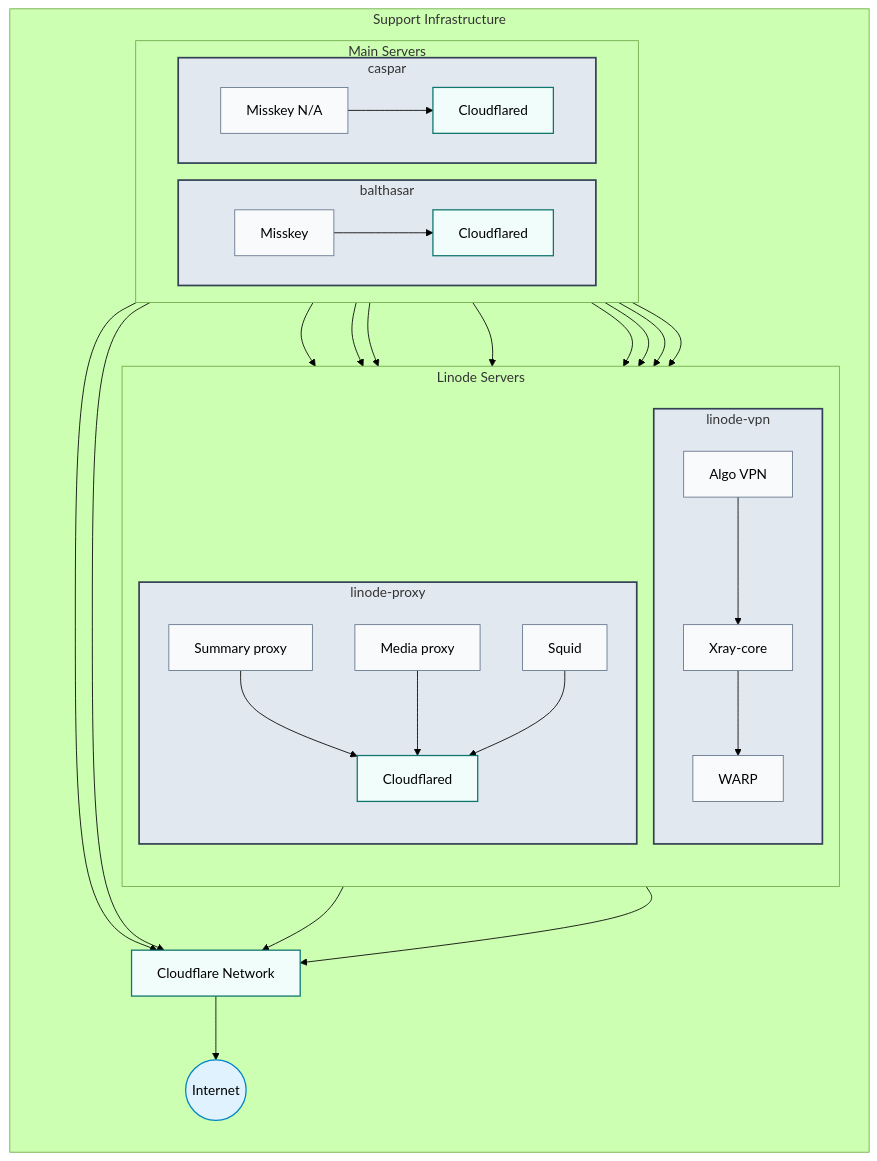
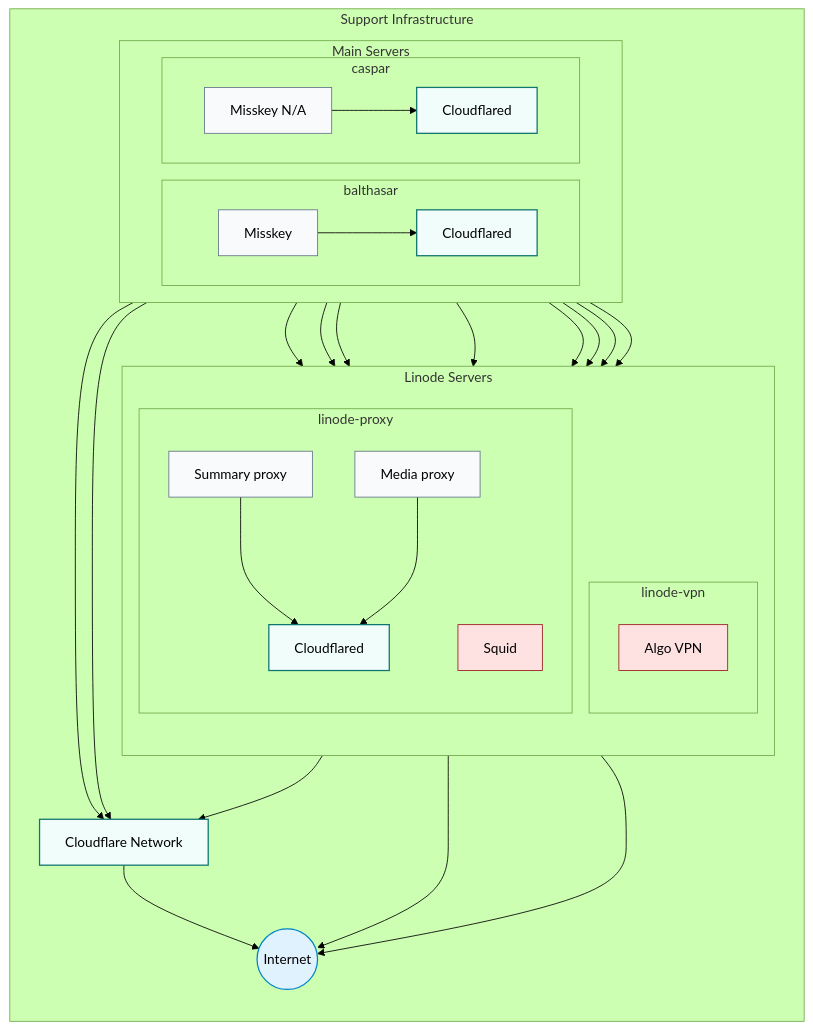
The third of 3 diagrams in README.md (yamisskey-dev/hosted-list), drawn with Mermaid (forest theme) before and after one commit.

````diff
--- a/README.md
+++ b/README.md
@@ -176,71 +176,72 @@
 ```mermaid
 graph TB
 %% Style definitions
 classDef homeServer fill:#e2e8f0,stroke:#334155,stroke-width:2px
 classDef service fill:#f8fafc,stroke:#64748b,stroke-width:1px
 classDef security fill:#fee2e2,stroke:#991b1b,stroke-width:1px
 classDef cloudflare fill:#f0fdfa,stroke:#0f766e,stroke-width:1.5px
 classDef internet fill:#e0f2fe,stroke:#0284c7,stroke-width:1.5px
+
 %% Support Infrastructure with connections to main servers
 subgraph support[Support Infrastructure]
     direction TB
     
     subgraph linode[Linode Servers]
         direction TB
         
         subgraph vpn[linode-vpn]
             algo[Algo VPN]:::security
-            xray[Xray-core]:::security
-            warp[WARP]:::security
         end
         
         subgraph proxy[linode-proxy]
             summaryproxy[Summary proxy]:::service
             mediaproxy[Media proxy]:::service
             squid[Squid]:::security
             cloudflared_proxy[Cloudflared]:::cloudflare
         end
     end
     
     %% Main server references with their social services
     subgraph main_servers[Main Servers]
         direction LR
         
         subgraph balthasar[balthasar]
             yamisskey[Misskey]:::service
             cloudflared_b[Cloudflared]:::cloudflare
         end
         
         subgraph caspar[caspar]
             nayamisskey[Misskey N/A]:::service
             cloudflared_c[Cloudflared]:::cloudflare
         end
     end
     
     %% External networks
     cloudflare_network[Cloudflare Network]:::cloudflare
     internet((Internet)):::internet
 end
+
 %% Connections to proxies
 yamisskey --> summaryproxy & mediaproxy
-yamisskey --> squid
 nayamisskey --> summaryproxy & mediaproxy
-nayamisskey --> squid
+
 %% Direct connections from Misskey to Cloudflared
 yamisskey --> cloudflared_b
 nayamisskey --> cloudflared_c
-%% VPN traffic flow
-balthasar & caspar --> algo --> xray --> warp
+
+%% Misskey connections to VPN and proxy
+yamisskey --> algo & squid
+nayamisskey --> algo & squid
+
+%% Direct VPN and proxy connections to internet
+algo --> internet
+squid --> internet
+
 %% Cloudflare connections
 cloudflared_b & cloudflared_c --> cloudflare_network
 cloudflared_proxy --> cloudflare_network
 cloudflare_network --> internet
+
 %% Proxy service connections to Cloudflared
-summaryproxy & mediaproxy & squid --> cloudflared_proxy
-%% WARP goes through Cloudflare Network
-warp --> cloudflare_network
-%% Apply styles
-class balthasar,caspar,vpn,proxy homeServer
-class yamisskey,nayamisskey,algo,xray,warp,summaryproxy,mediaproxy,squid service
-class cloudflared_b,cloudflared_c,cloudflared_proxy,cloudflare_network cloudflare
+summaryproxy & mediaproxy --> cloudflared_proxy
 ```
````
